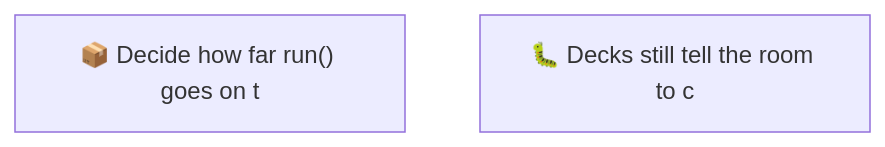
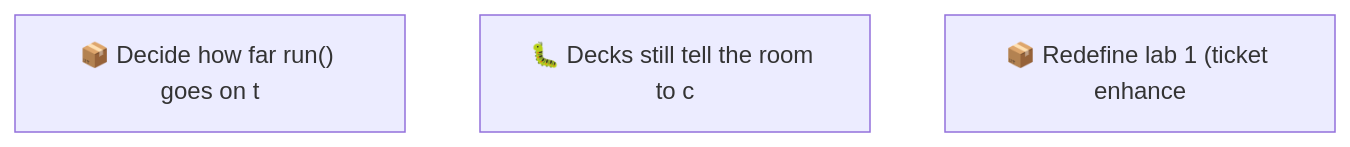
One commit to RichardHightower/reliable-agentic-lab changed the second of 2 diagrams in docs/roadmap.md. Above: the diagram before and after it, drawn with Mermaid. The commit also changed other lines of this file and 28 other files, not shown here.

First line of the commit message:
Redefine lab 1 as a Claude Code plugin, not a Python fill-in exercise.

````diff
--- a/docs/roadmap.md
+++ b/docs/roadmap.md
@@ -49,5 +52,6 @@
 ```mermaid
 graph TD
     01M10N7X4TCZSZ6RCQ8348G3MG["📦 Decide how far run() goes on t"]
     01M10N87FRARZQJET5ZF6N9WY1["🐛 Decks still tell the room to c"]
+    01M10ZJAFA531AZT95CD4N95XJ["📦 Redefine lab 1 (ticket enhance"]
 ```
````
